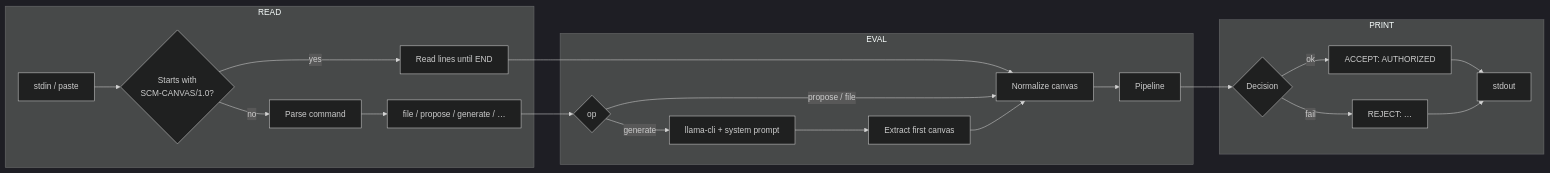
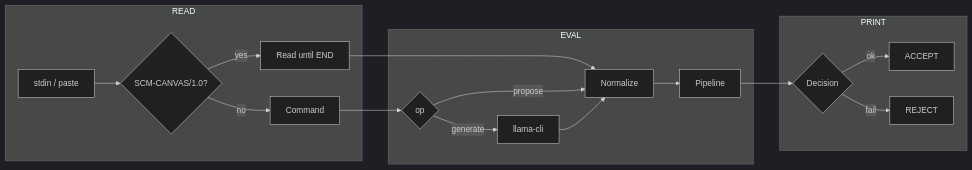
Before and after one commit to AHMADALIPARR/sovereign-canvas-machine: the first of 3 diagrams in README.md, drawn with Mermaid (dark theme). The commit also changed other lines of this file and 1 other file, not shown here.

````diff
--- a/README.md
+++ b/README.md
@@ -70,27 +93,21 @@
 ```mermaid
 flowchart LR
   subgraph READ
-    A[stdin / paste] --> B{Starts with<br/>SCM-CANVAS/1.0?}
-    B -->|yes| C[Read lines until END]
-    B -->|no| D[Parse command]
-    D --> E[file / propose / generate / …]
+    A[stdin / paste] --> B{SCM-CANVAS/1.0?}
+    B -->|yes| C[Read until END]
+    B -->|no| D[Command]
   end
-
   subgraph EVAL
-    C --> F[Normalize canvas]
-    E --> G{op}
-    G -->|propose / file| F
-    G -->|generate| H[llama-cli + system prompt]
-    H --> I[Extract first canvas]
-    I --> F
+    C --> F[Normalize]
+    D --> G{op}
+    G -->|propose| F
+    G -->|generate| H[llama-cli]
+    H --> F
     F --> J[Pipeline]
   end
-
   subgraph PRINT
     J --> K{Decision}
-    K -->|ok| L["ACCEPT: AUTHORIZED"]
-    K -->|fail| M["REJECT: …"]
-    L --> N[stdout]
-    M --> N
+    K -->|ok| L[ACCEPT]
+    K -->|fail| M[REJECT]
   end
 ```
````
